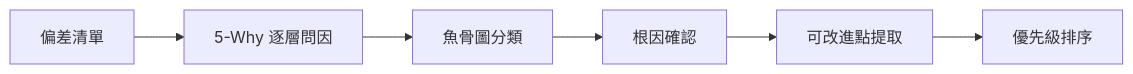
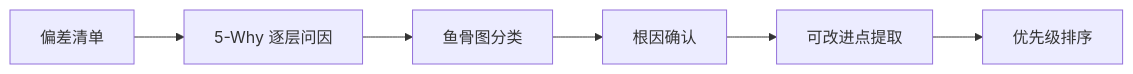
One commit to gogojaja/DevProjectTeamSkill changed the diagram in .trae/skills/dev-project-team-skill/skills/self-improve/domain/root-cause-analysis.md. Above: the diagram before and after it, drawn with Mermaid. The commit also changed other lines of this file and 69 other files, not shown here.

````diff
--- a/.trae/skills/dev-project-team-skill/skills/self-improve/domain/root-cause-analysis.md
+++ b/.trae/skills/dev-project-team-skill/skills/self-improve/domain/root-cause-analysis.md
@@ -10,8 +10,8 @@
 ```mermaid
 graph LR
-  A[偏差清單] --> B[5-Why 逐層問因]
-  B --> C[魚骨圖分類]
-  C --> D[根因確認]
-  D --> E[可改進點提取]
-  E --> F[優先級排序]
+  A[偏差清单] --> B[5-Why 逐层问因]
+  B --> C[鱼骨图分类]
+  C --> D[根因确认]
+  D --> E[可改进点提取]
+  E --> F[优先级排序]
 ```
````
